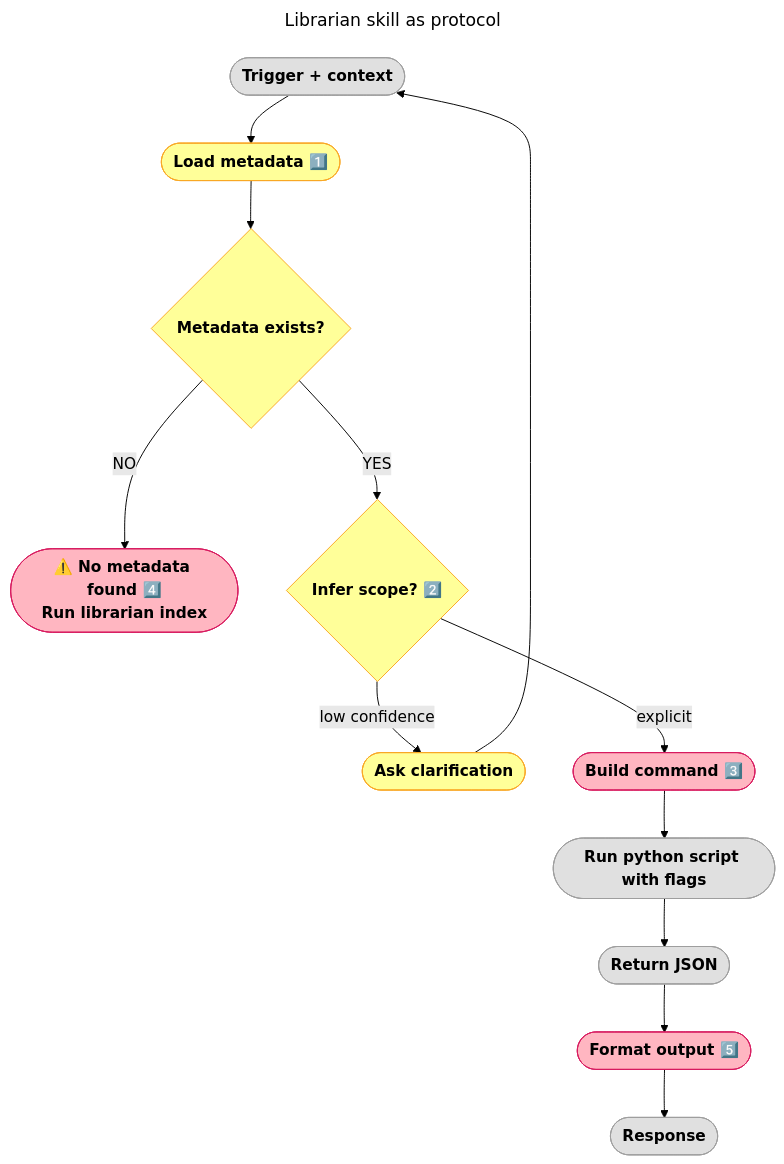
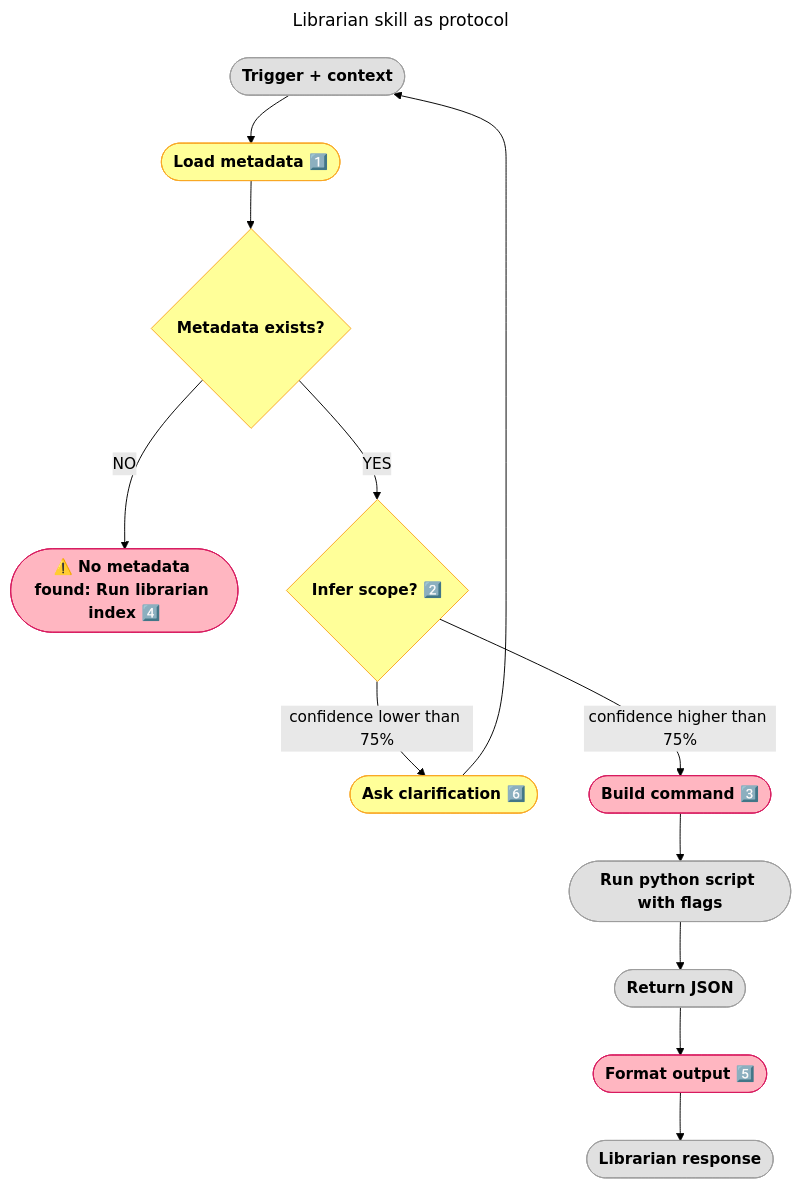
The diagram in backstage/epic-notes/v0.15.0-skill-protocol.md (nonlinear/librarian), drawn with Mermaid (forest theme) before and after one commit. The commit also changed other lines of this file, not shown here.

First line of the commit message:
arch: User-facing error + confidence thresholds + sanity check

````diff
--- a/backstage/epic-notes/v0.15.0-skill-protocol.md
+++ b/backstage/epic-notes/v0.15.0-skill-protocol.md
@@ -1,33 +1,33 @@
 ```mermaid
 ---
 title: Librarian skill as protocol
 ---
 flowchart TD
     TRIGGER(["Trigger + context"])
     TRIGGER --> METADATA(["Load metadata 1️⃣"])
     METADATA --> CHECK{"Metadata exists?"}
-    CHECK -->|NO| ERROR(["⚠️ No metadata found 4️⃣<br/>Run librarian index"])
+    CHECK -->|NO| ERROR(["⚠️ No metadata found: Run librarian index 4️⃣"])
     CHECK -->|YES| INFER{"Infer scope? 2️⃣"}
     
-    INFER -->|"low confidence"| CLARIFY(["Ask clarification"])
+    INFER -->|"confidence lower than 75%"| CLARIFY(["Ask clarification 6️⃣"])
     CLARIFY --> TRIGGER
     
-    INFER -->|"explicit"| BUILD(["Build command 3️⃣"])
+    INFER -->|"confidence higher than 75%"| BUILD(["Build command 3️⃣"])
     
     BUILD --> EXEC(["Run python script with flags"])
     EXEC --> JSON(["Return JSON"])
     JSON --> FORMAT(["Format output 5️⃣"])
-    FORMAT --> USER(["Response"])
+    FORMAT --> RESPONSE(["Librarian response"])
     
     style TRIGGER fill:#E0E0E0,stroke:#9E9E9E,color:#000,font-weight:bold
     style METADATA fill:#FFFF99,stroke:#F9A825,color:#000,font-weight:bold
     style INFER fill:#FFFF99,stroke:#F9A825,color:#000,font-weight:bold
     style CLARIFY fill:#FFFF99,stroke:#F9A825,color:#000,font-weight:bold
     style BUILD fill:#FFB6C1,stroke:#D81B60,color:#000,font-weight:bold
     style EXEC fill:#E0E0E0,stroke:#9E9E9E,color:#000,font-weight:bold
     style JSON fill:#E0E0E0,stroke:#9E9E9E,color:#000,font-weight:bold
     style FORMAT fill:#FFB6C1,stroke:#D81B60,color:#000,font-weight:bold
-    style USER fill:#E0E0E0,stroke:#9E9E9E,color:#000,font-weight:bold
+    style RESPONSE fill:#E0E0E0,stroke:#9E9E9E,color:#000,font-weight:bold
     style CHECK fill:#FFFF99,stroke:#F9A825,color:#000,font-weight:bold
     style ERROR fill:#FFB6C1,stroke:#D81B60,color:#000,font-weight:bold
 ```
````
